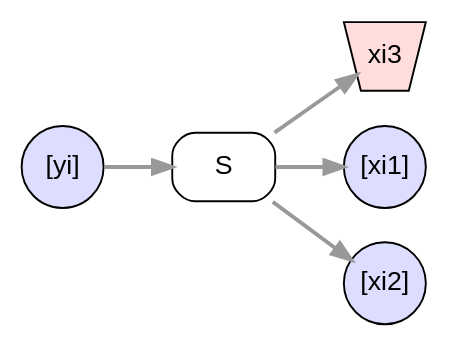
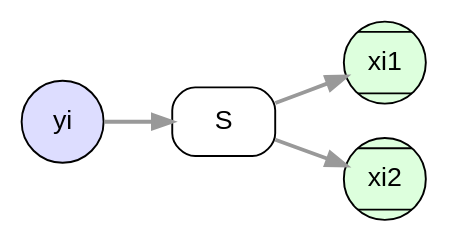
The diagram in opal/ProductsSplit.dot (drautzburg/currychicken), drawn with Graphviz before and after one commit. The commit also changed 6 other files, not shown here.

```diff
--- a/opal/ProductsSplit.dot
+++ b/opal/ProductsSplit.dot
@@ -1,23 +1,25 @@
 digraph d {
 	node [fontname = "Arial"];
 	edge [fontname = "Arial", fontsize=11,color="#999999", penwidth=2, weight=1];
 
 	rankdir=LR
 	subgraph nest {
 		node [shape=invtrapezium, style=filled, fillcolor="#FFDDDD", fixedsize=true, width=0.6]
-		xi3[label="xi3"]
 		}		
 	subgraph list {
 		node [shape=circle, style=filled, fillcolor="#DDDDFF", fixedsize=true, width=0.6]
-		xi1[label="[xi1]"]
-		xi2[label="[xi2]"]
-		yi[label="[yi]"]
+		yi[label="yi"]
+		}
+	subgraph product {
+		node [shape=Mcircle, style=filled, fillcolor="#DDFFDD", fixedsize=true, width=0.6]
+		xi1[label="xi1"]
+		xi2[label="xi2"]
 		}
 	subgraph process {
 		node [shape=box, style=rounded]
 		S
 	}
 yi -> S -> xi1
 S -> xi2
-S -> xi3
+
 }
```
